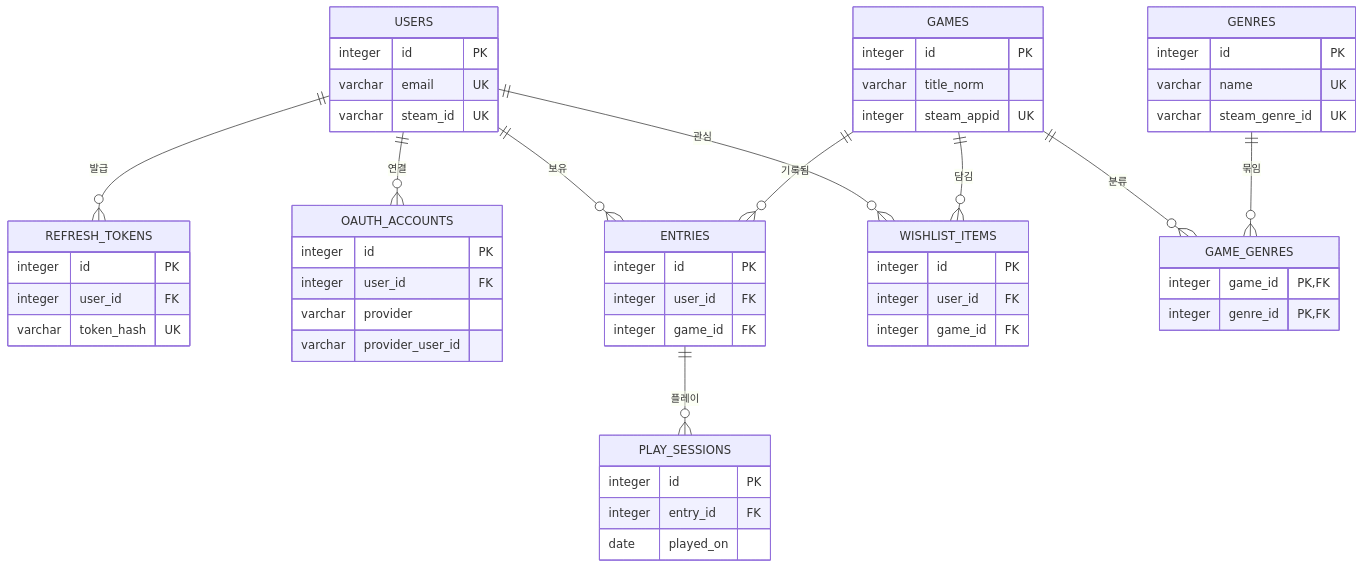
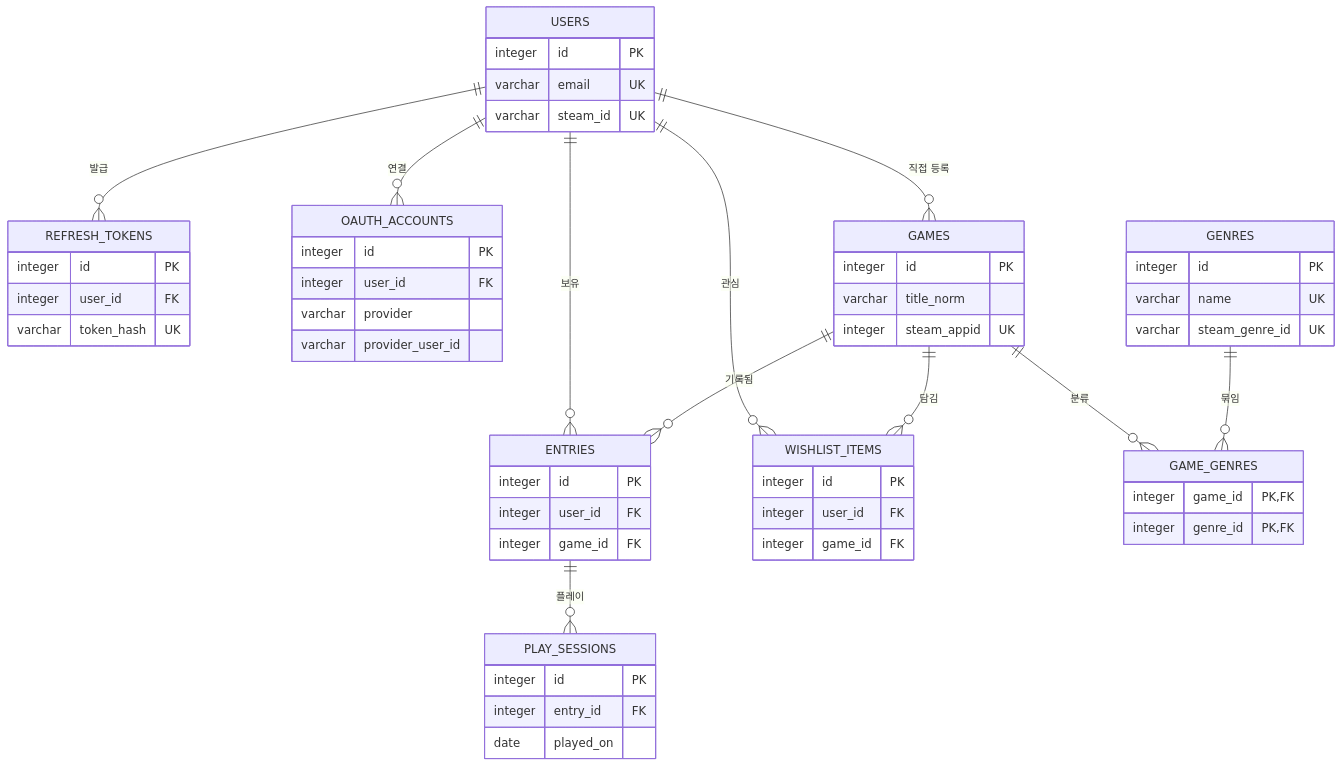
One commit to sagming40/PlayLedger changed the diagram in docs/DATA_MODEL.md. Above: the diagram before and after it, drawn with Mermaid. The commit also changed other lines of this file and 7 other files, not shown here.

````diff
--- a/docs/DATA_MODEL.md
+++ b/docs/DATA_MODEL.md
@@ -10,58 +10,59 @@
 ```mermaid
 erDiagram
   USERS ||--o{ REFRESH_TOKENS : "발급"
   USERS ||--o{ OAUTH_ACCOUNTS : "연결"
   USERS ||--o{ ENTRIES : "보유"
+  USERS ||--o{ GAMES : "직접 등록"
   USERS ||--o{ WISHLIST_ITEMS : "관심"
   GAMES ||--o{ ENTRIES : "기록됨"
   GAMES ||--o{ WISHLIST_ITEMS : "담김"
   GAMES ||--o{ GAME_GENRES : "분류"
   GENRES ||--o{ GAME_GENRES : "묶임"
   ENTRIES ||--o{ PLAY_SESSIONS : "플레이"
 
   USERS {
     integer id PK
     varchar email UK
     varchar steam_id UK
   }
   REFRESH_TOKENS {
     integer id PK
     integer user_id FK
     varchar token_hash UK
   }
   OAUTH_ACCOUNTS {
     integer id PK
     integer user_id FK
     varchar provider
     varchar provider_user_id
   }
   GAMES {
     integer id PK
     varchar title_norm
     integer steam_appid UK
   }
   GENRES {
     integer id PK
     varchar name UK
     varchar steam_genre_id UK
   }
   GAME_GENRES {
     integer game_id PK, FK
     integer genre_id PK, FK
   }
   ENTRIES {
     integer id PK
     integer user_id FK
     integer game_id FK
   }
   WISHLIST_ITEMS {
     integer id PK
     integer user_id FK
     integer game_id FK
   }
   PLAY_SESSIONS {
     integer id PK
     integer entry_id FK
     date played_on
   }
 ```
````
